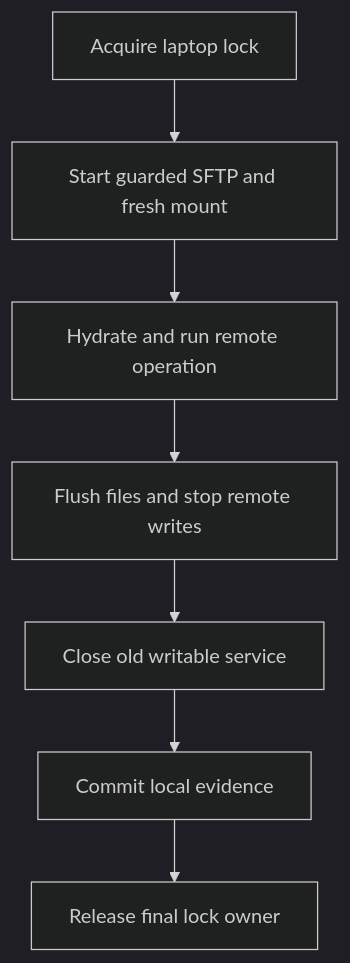
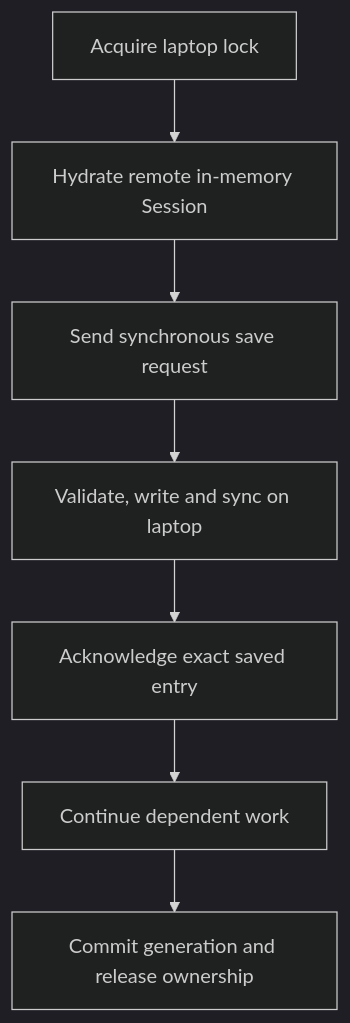
Before and after one commit to gandazgul/runwield: the second of 3 diagrams in docs/plans/remote-ssh-development.md, drawn with Mermaid (dark theme). The commit also changed other lines of this file and 16 other files, not shown here.

````diff
--- a/docs/plans/remote-ssh-development.md
+++ b/docs/plans/remote-ssh-development.md
@@ -203,9 +201,9 @@
 ```mermaid
 graph TD
-    A[Acquire laptop lock] --> B[Start guarded SFTP and fresh mount]
-    B --> C[Hydrate and run remote operation]
-    C --> D[Flush files and stop remote writes]
-    D --> E[Close old writable service]
-    E --> F[Commit local evidence]
-    F --> G[Release final lock owner]
+    A[Acquire laptop lock] --> B[Hydrate remote in-memory Session]
+    B --> C[Send synchronous save request]
+    C --> D[Validate, write and sync on laptop]
+    D --> E[Acknowledge exact saved entry]
+    E --> F[Continue dependent work]
+    F --> G[Commit generation and release ownership]
 ```
````
